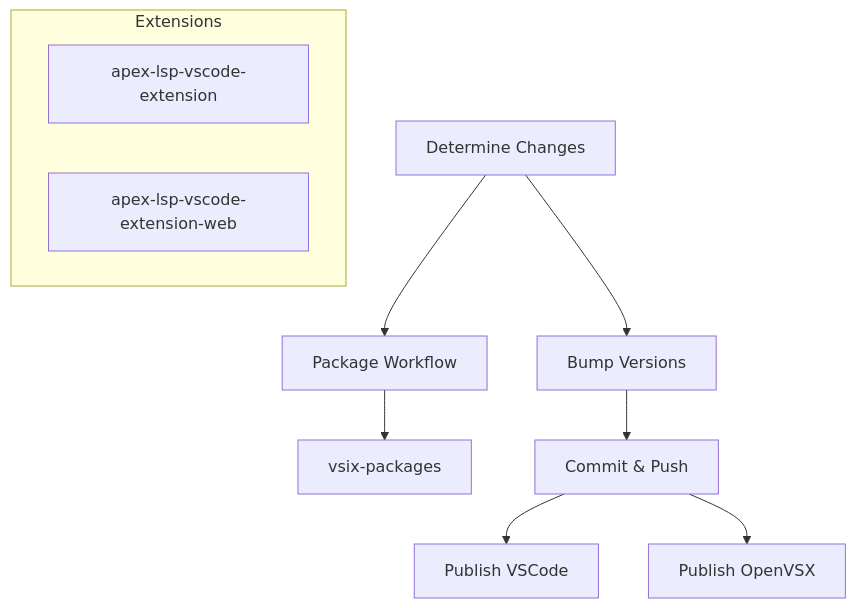
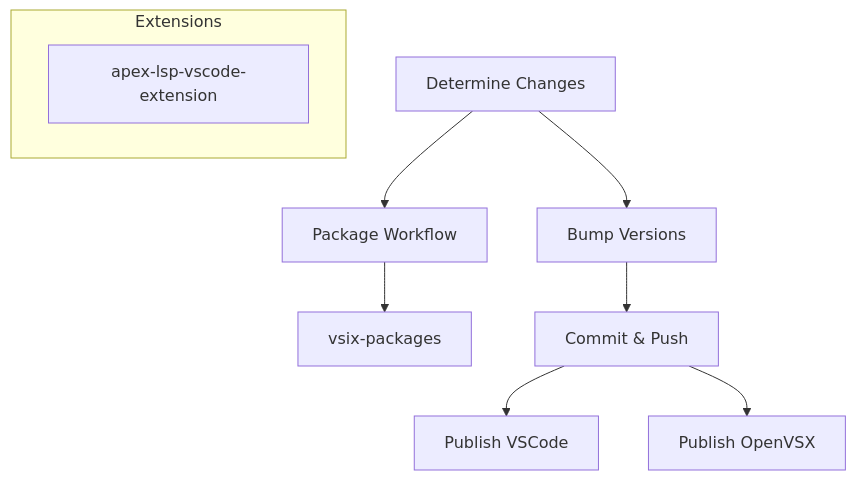
Before and after one commit to forcedotcom/apex-language-support: the fourth of 8 diagrams in .github/workflows/README.md, drawn with Mermaid. The commit also changed other lines of this file and 36 other files, not shown here.

Commit message:
chore: simplify some factory architecture

````diff
--- a/.github/workflows/README.md
+++ b/.github/workflows/README.md
@@ -234,14 +234,13 @@
 ```mermaid
 graph TB
     A[Determine Changes] --> B[Package Workflow]
     B --> C[vsix-packages]
     A --> D[Bump Versions]
     D --> E[Commit & Push]
     E --> F[Publish VSCode]
     E --> G[Publish OpenVSX]
 
     subgraph "Extensions"
         H[apex-lsp-vscode-extension]
-        I[apex-lsp-vscode-extension-web]
     end
 ```
````
